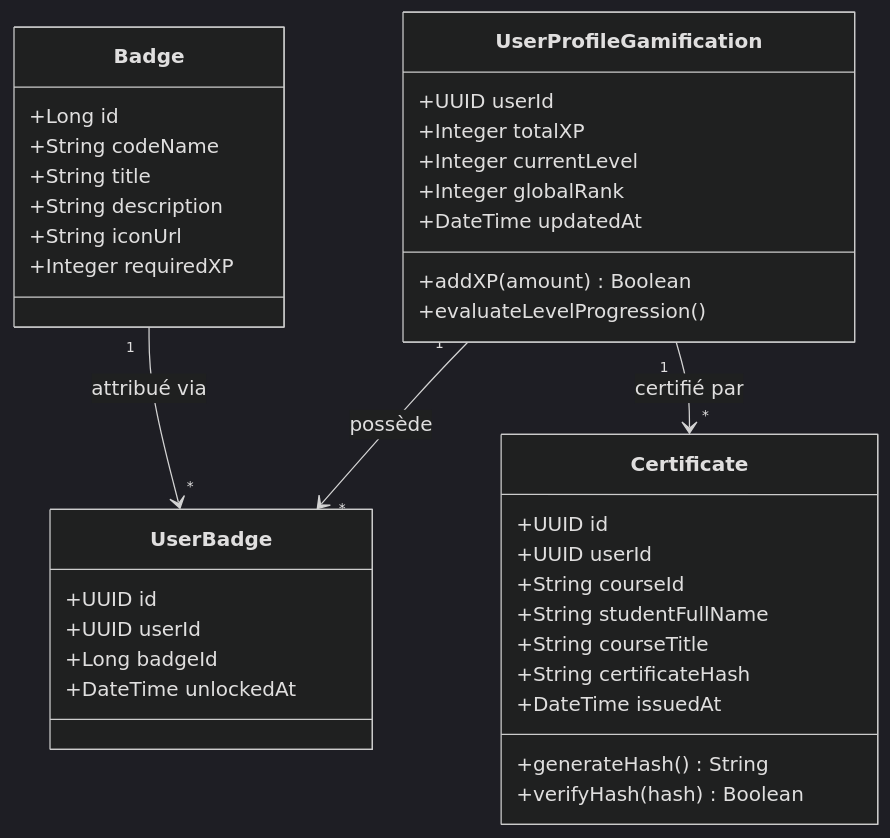
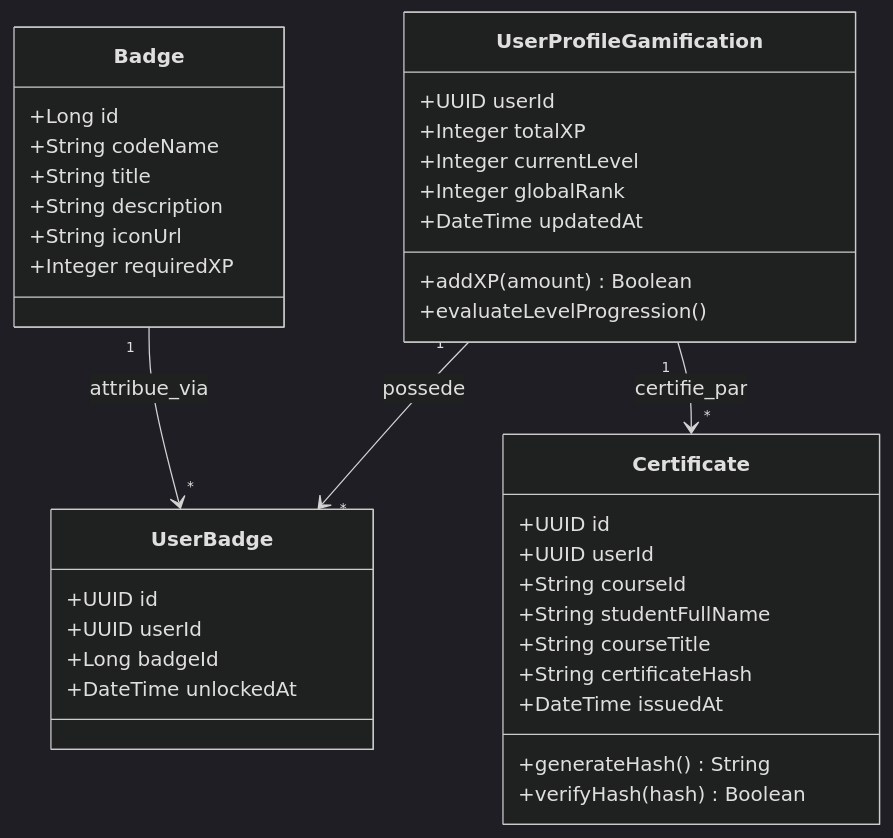
The diagram in Documentation/Diagrams/class_gamification_service.mmd (Architecture-web/projet), drawn with Mermaid (dark theme) before and after one commit. The commit also changed 7 other files, not shown here.

Commit message:
fix(diagrams): normalisation des labels de relations dans tous les diagrammes de classes Mermaid

```diff
--- a/Documentation/Diagrams/class_gamification_service.mmd
+++ b/Documentation/Diagrams/class_gamification_service.mmd
@@ -1,42 +1,42 @@
 classDiagram
     class UserProfileGamification {
         +UUID userId
         +Integer totalXP
         +Integer currentLevel
         +Integer globalRank
         +DateTime updatedAt
         +addXP(amount) Boolean
         +evaluateLevelProgression()
     }
 
     class Badge {
         +Long id
         +String codeName
         +String title
         +String description
         +String iconUrl
         +Integer requiredXP
     }
 
     class UserBadge {
         +UUID id
         +UUID userId
         +Long badgeId
         +DateTime unlockedAt
     }
 
     class Certificate {
         +UUID id
         +UUID userId
         +String courseId
         +String studentFullName
         +String courseTitle
         +String certificateHash
         +DateTime issuedAt
         +generateHash() String
         +verifyHash(hash) Boolean
     }
 
-    UserProfileGamification "1" --> "*" UserBadge : possède
-    Badge "1" --> "*" UserBadge : attribué via
-    UserProfileGamification "1" --> "*" Certificate : certifié par
+    UserProfileGamification "1" --> "*" UserBadge : possede
+    Badge "1" --> "*" UserBadge : attribue_via
+    UserProfileGamification "1" --> "*" Certificate : certifie_par
```
